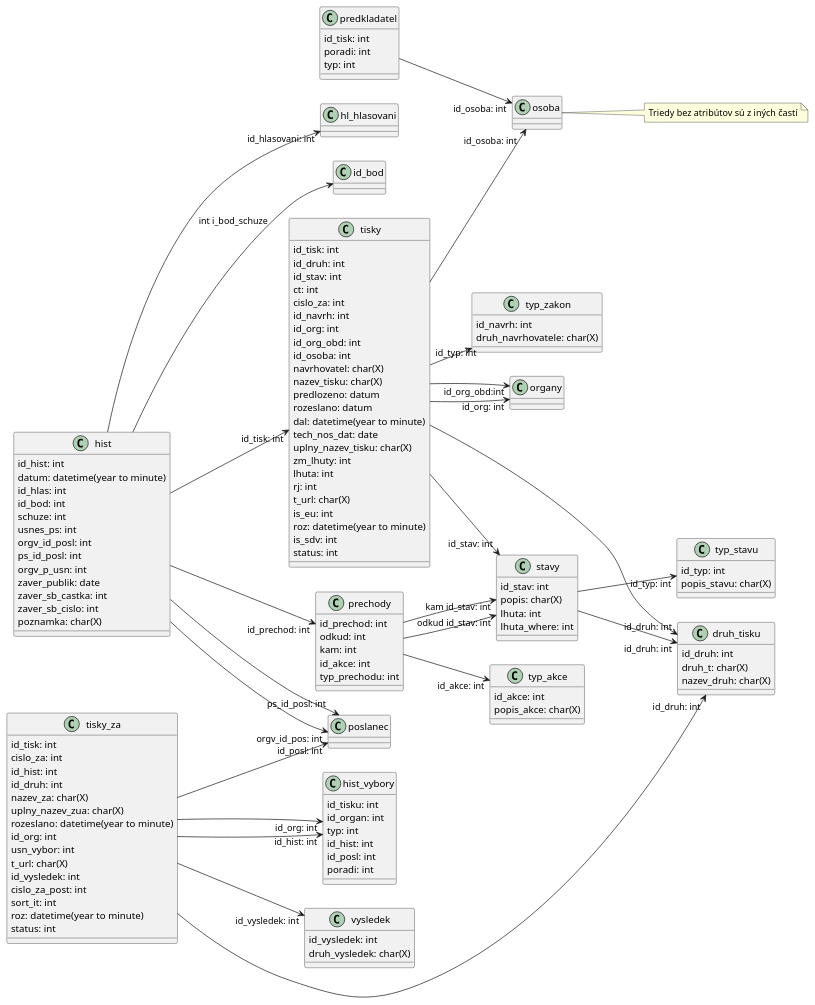
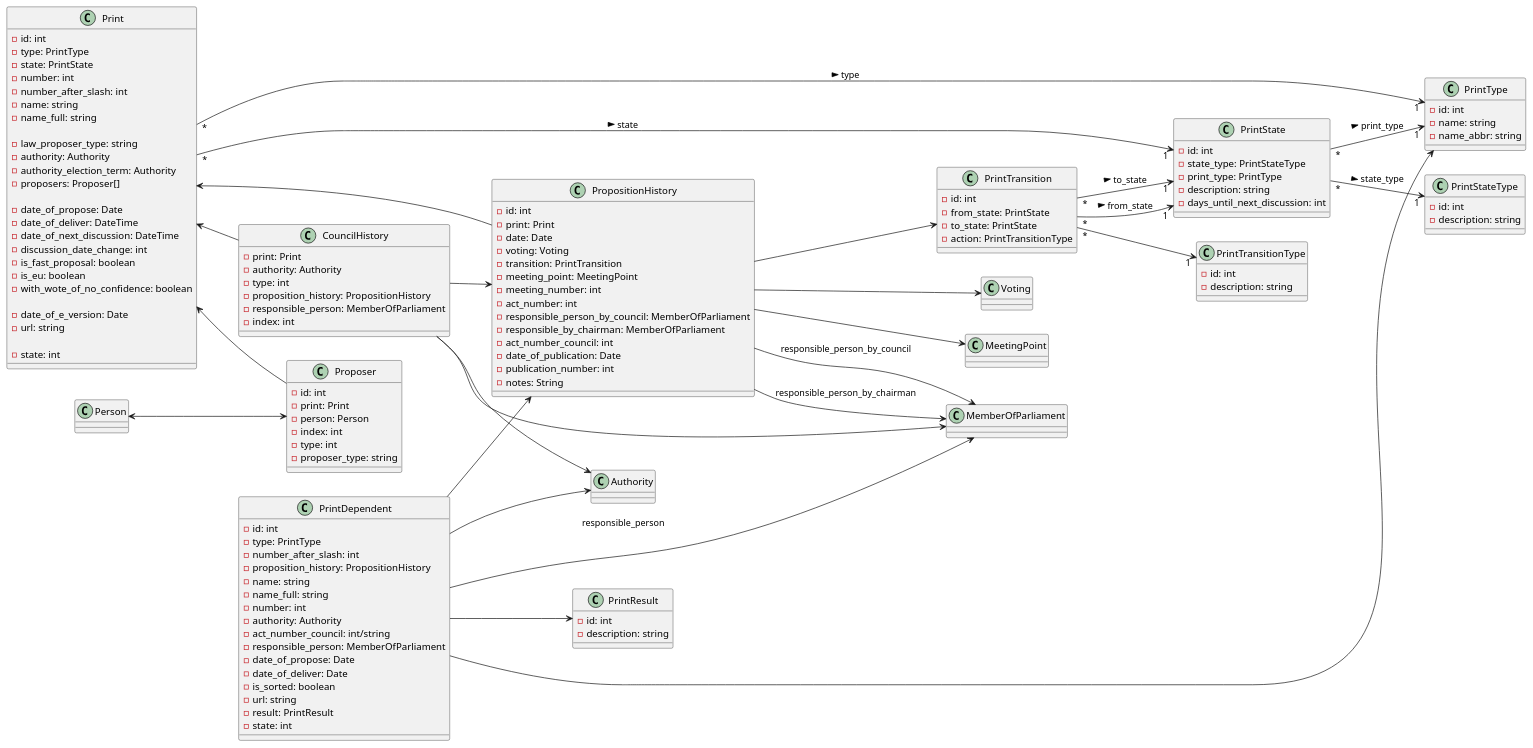
The diagram in schema/prints/prints.puml (HakubJozak/hlasovani), drawn with PlantUML before and after one commit. The commit also changed 25 other files, not shown here.

Commit message:
UML, data, entities, parser

```diff
--- a/schema/prints/prints.puml
+++ b/schema/prints/prints.puml
@@ -1,162 +1,148 @@
 @startuml
 
 left to right direction
 
-class druh_tisku{
-id_druh: int
-druh_t: char(X)
-nazev_druh: char(X)
+class Print {
+- id: int
+- type: PrintType
+- state: PrintState
+- number: int
+- number_after_slash: int
+- name: string
+- name_full: string
+
+- law_proposer_type: string
+- authority: Authority
+- authority_election_term: Authority
+- proposers: Proposer[]
+
+- date_of_propose: Date
+- date_of_deliver: DateTime
+- date_of_next_discussion: DateTime
+- discussion_date_change: int
+- is_fast_proposal: boolean
+- is_eu: boolean
+- with_wote_of_no_confidence: boolean
+
+- date_of_e_version: Date
+- url: string
+
+- state: int
 __
 }
 
-class typ_zakon{
-id_navrh: int
-druh_navrhovatele: char(X)
-__
+class PrintType {
+- id: int
+- name: string
+- name_abbr: string
 }
 
-class typ_stavu{
-id_typ: int
-popis_stavu: char(X)
-__
+class PrintState{
+- id: int
+- state_type: PrintStateType
+- print_type: PrintType
+- description: string
+- days_until_next_discussion: int
 }
 
-class stavy{
-id_stav: int
-popis: char(X)
-lhuta: int
-lhuta_where: int
-__
+class PrintStateType{
+- id: int
+- description: string
 }
 
-class typ_akce{
-id_akce: int
-popis_akce: char(X)
-__
+class PrintTransition{
+- id: int
+- from_state: PrintState
+- to_state: PrintState
+- action: PrintTransitionType
 }
 
-class prechody{
-id_prechod: int
-odkud: int
-kam: int
-id_akce: int
-typ_prechodu: int
-__
+class PrintTransitionType{
+- id: int
+- description: string
 }
 
-class tisky {
-id_tisk: int
-id_druh: int
-id_stav: int
-ct: int
-cislo_za: int
-id_navrh: int
-id_org: int
-id_org_obd: int
-id_osoba: int
-navrhovatel: char(X)
-nazev_tisku: char(X)
-predlozeno: datum
-rozeslano: datum
-dal: datetime(year to minute)
-tech_nos_dat: date
-uplny_nazev_tisku: char(X)
-zm_lhuty: int
-lhuta: int
-rj: int
-t_url: char(X)
-is_eu: int
-roz: datetime(year to minute)
-is_sdv: int
-status: int
-__
+class Proposer {
+- id: int
+- print: Print
+- person: Person
+- index: int
+- type: int
+- proposer_type: string
 }
 
-class hist{
-id_hist: int
-datum: datetime(year to minute)
-id_hlas: int
-id_bod: int
-schuze: int
-usnes_ps: int
-orgv_id_posl: int
-ps_id_posl: int
-orgv_p_usn: int
-zaver_publik: date
-zaver_sb_castka: int
-zaver_sb_cislo: int
-poznamka: char(X)
-__
+class PropositionHistory{
+- id: int
+- print: Print
+- date: Date
+- voting: Voting
+- transition: PrintTransition
+- meeting_point: MeetingPoint
+- meeting_number: int
+- act_number: int
+- responsible_person_by_council: MemberOfParliament
+- responsible_by_chairman: MemberOfParliament
+- act_number_council: int
+- date_of_publication: Date
+- publication_number: int
+- notes: String
 }
 
-class hist_vybory{
-id_tisku: int
-id_organ: int
-typ: int
-id_hist: int
-id_posl: int
-poradi: int
-__
+class PrintResult{
+- id: int
+- description: string
 }
 
-class vysledek{
-id_vysledek: int
-druh_vysledek: char(X)
-__
+class PrintDependent{
+- id: int
+- type: PrintType
+- number_after_slash: int
+- proposition_history: PropositionHistory
+- name: string
+- name_full: string
+- number: int
+- authority: Authority
+- act_number_council: int/string
+- responsible_person: MemberOfParliament
+- date_of_propose: Date
+- date_of_deliver: Date
+- is_sorted: boolean
+- url: string
+- result: PrintResult
+- state: int
 }
 
-class tisky_za{
-id_tisk: int
-cislo_za: int
-id_hist: int
-id_druh: int
-nazev_za: char(X)
-uplny_nazev_zua: char(X)
-rozeslano: datetime(year to minute)
-id_org: int
-usn_vybor: int
-t_url: char(X)
-id_vysledek: int
-cislo_za_post: int
-sort_it: int
-roz: datetime(year to minute)
-status: int
-__
+class CouncilHistory {
+- print: Print
+- authority: Authority
+- type: int
+- proposition_history: PropositionHistory
+- responsible_person: MemberOfParliament
+- index: int
 }
 
-class predkladatel{
-id_tisk: int
-poradi: int
-typ: int
-__
-}
-
-stavy --> "id_typ: int" typ_stavu
-stavy --> "id_druh: int" druh_tisku
-prechody --> "odkud id_stav: int" stavy
-prechody --> "kam id_stav: int" stavy
-prechody --> "id_akce: int" typ_akce
-tisky --> "id_druh: int" druh_tisku
-tisky --> "id_stav: int" stavy
-tisky --> "id_typ: int" typ_zakon
-tisky --> "id_org: int" organy
-tisky --> "id_org_obd:int" organy
-tisky --> "id_osoba: int" osoba
-hist --> "id_tisk: int" tisky
-hist --> "id_hlasovani: int" hl_hlasovani
-hist --> "id_prechod: int" prechody
-hist --> "id_bod": int i_bod_schuze
-hist --> "orgv_id_pos: int" poslanec
-hist --> "ps_id_posl: int" poslanec
-tisky_za --> "id_hist: int" hist_vybory
-tisky_za --> "id_druh: int" druh_tisku
-tisky_za --> "id_org: int" hist_vybory
-tisky_za --> "id_posl: int" poslanec
-tisky_za --> "id_vysledek: int" vysledek
-predkladatel --> "id_osoba: int" osoba
-
-class osoba{
-}
-note right: Triedy bez atribútov sú z iných častí
-
+Print "*" --> "1" PrintType : type >
+Print "*" --> "1" PrintState : state >
+PrintState "*" --> "1" PrintStateType : state_type >
+PrintState "*" --> "1" PrintType : print_type >
+PrintTransition "*" --> "1" PrintState : from_state >
+PrintTransition "*" --> "1" PrintState : to_state >
+PrintTransition "*" --> "1" PrintTransitionType
+Person <--> Proposer
+Print <-- Proposer
+Print <-- PropositionHistory
+PropositionHistory --> Voting
+PropositionHistory --> PrintTransition
+PropositionHistory --> MeetingPoint
+PropositionHistory --> MemberOfParliament : responsible_person_by_council
+PropositionHistory --> MemberOfParliament : responsible_person_by_chairman
+PrintDependent --> PrintType
+PrintDependent --> PropositionHistory
+PrintDependent --> Authority
+PrintDependent --> MemberOfParliament : responsible_person
+PrintDependent --> PrintResult
+Print <-- CouncilHistory
+CouncilHistory --> Authority
+CouncilHistory --> PropositionHistory
+CouncilHistory --> MemberOfParliament
 @enduml
```
